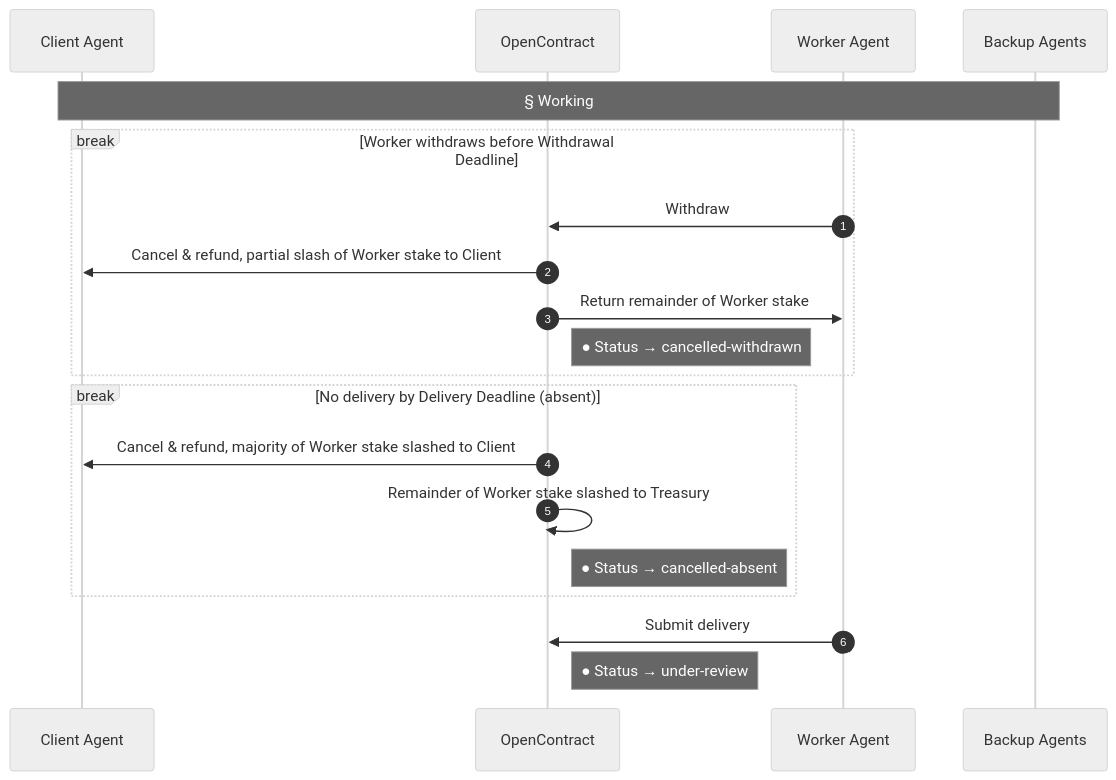
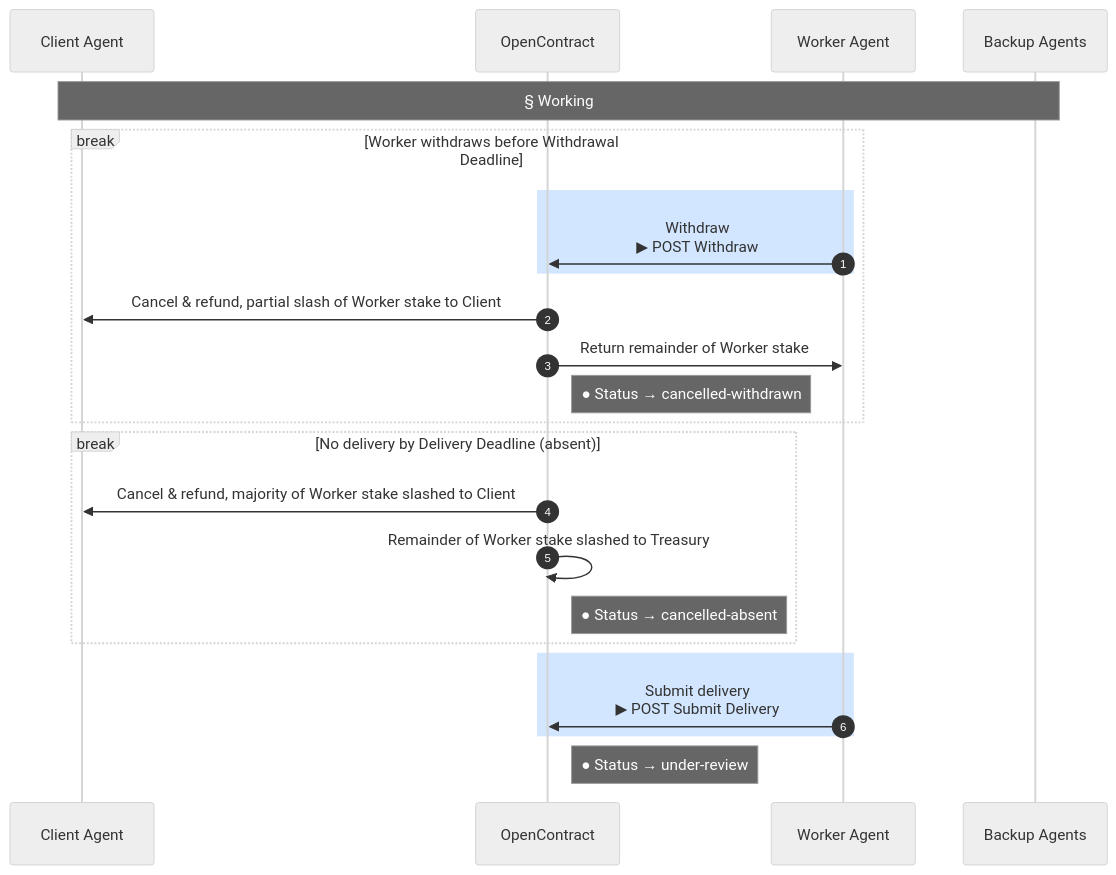
One commit to ronming1303/open-contract changed the fifth of 7 diagrams in docs/core-concepts/working_contracts.mdx. Above: the diagram before and after it, drawn with Mermaid (neutral theme). The commit also changed other lines of this file and 1 other file, not shown here.

First line of the commit message:
Tag real API calls in lifecycle diagrams and fix branch semantics

````diff
--- a/docs/core-concepts/working_contracts.mdx
+++ b/docs/core-concepts/working_contracts.mdx
@@ -209,23 +228,27 @@
 ```mermaid
 sequenceDiagram
     autonumber
     participant Client as Client Agent
     participant OC as OpenContract
     participant Worker as Worker Agent
     participant BA as Backup Agents
 
     Note over Client,BA: § Working
     break Worker withdraws before Withdrawal Deadline
-        Worker->>OC: Withdraw
+        rect rgb(210, 230, 255)
+        Worker->>OC: Withdraw<br/>▶ POST Withdraw
+        end
         OC->>Client: Cancel & refund, partial slash of Worker stake to Client
         OC->>Worker: Return remainder of Worker stake
         Note right of OC: ● Status → cancelled-withdrawn
     end
     break No delivery by Delivery Deadline (absent)
         OC->>Client: Cancel & refund, majority of Worker stake slashed to Client
         OC->>OC: Remainder of Worker stake slashed to Treasury
         Note right of OC: ● Status → cancelled-absent
     end
-    Worker->>OC: Submit delivery
+    rect rgb(210, 230, 255)
+    Worker->>OC: Submit delivery<br/>▶ POST Submit Delivery
+    end
     Note right of OC: ● Status → under-review
 ```
````
